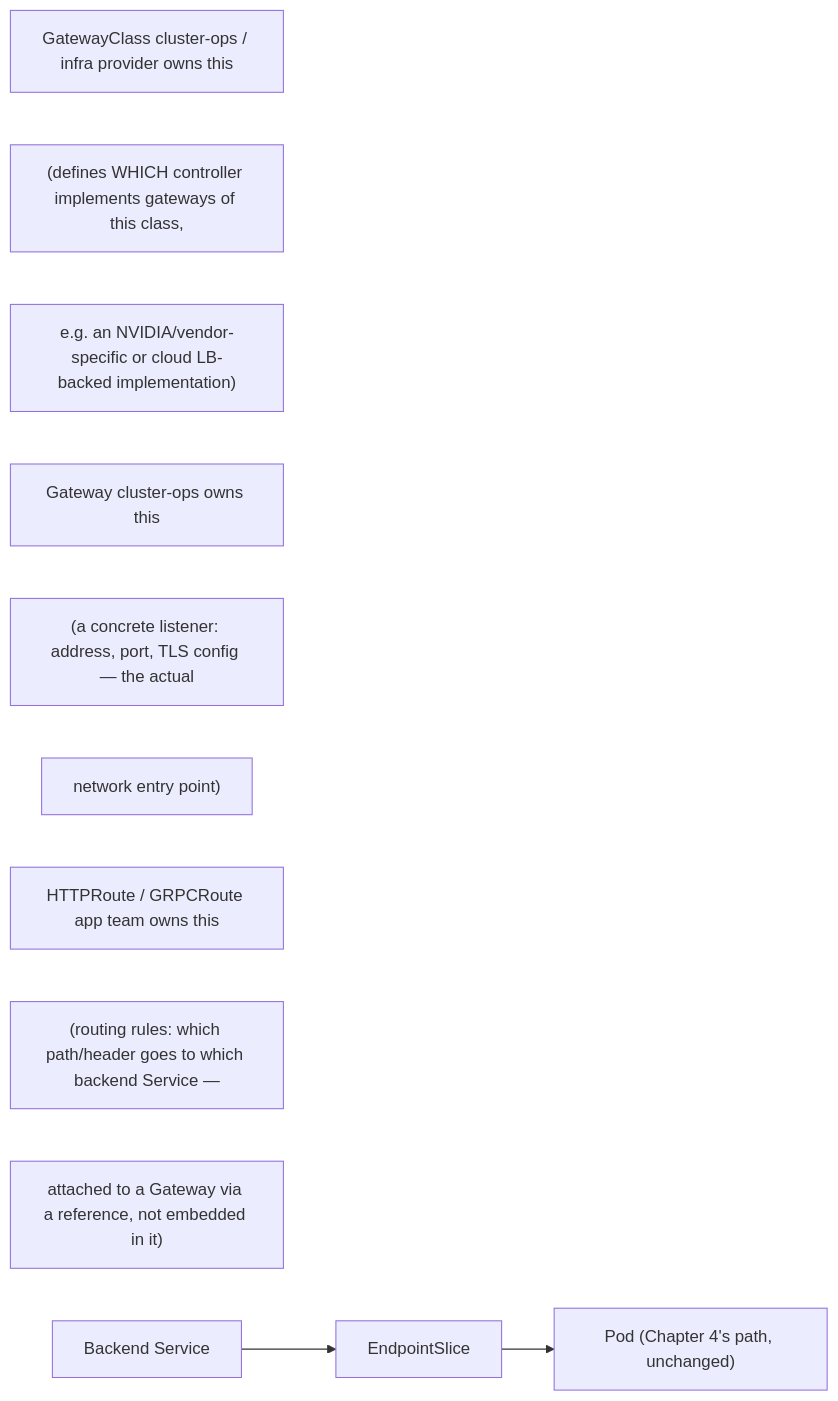
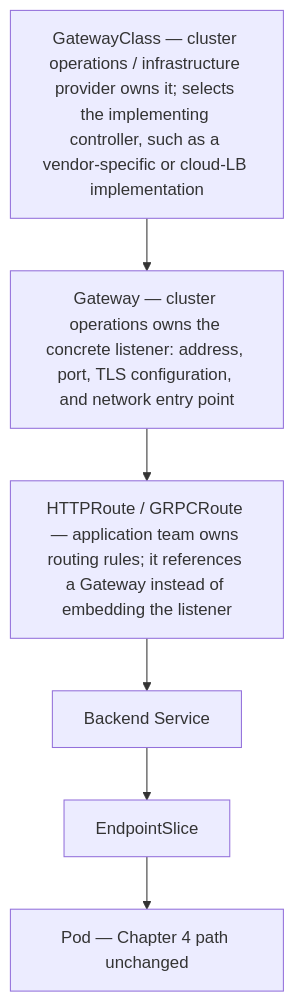
Before and after one commit to jithinpnjm/nvidia-devops: the diagram in docs/volume-03/14-senior-deep-dive-5-networking-service-abstraction-cni-dataplane-dns-and-gatewa.md, drawn with Mermaid. The commit also changed 99 other files, not shown here.

````diff
--- a/docs/volume-03/14-senior-deep-dive-5-networking-service-abstraction-cni-dataplane-dns-and-gatewa.md
+++ b/docs/volume-03/14-senior-deep-dive-5-networking-service-abstraction-cni-dataplane-dns-and-gatewa.md
@@ -36,18 +36,7 @@
 ```mermaid
-flowchart LR
-  %% Converted from the original ASCII diagram; source wording is preserved.
-  n0["GatewayClass cluster-ops / infra provider owns this"]
-  n1["(defines WHICH controller implements gateways of this class,"]
-  n2["e.g. an NVIDIA/vendor-specific or cloud LB-backed implementation)"]
-  n3["Gateway cluster-ops owns this"]
-  n4["(a concrete listener: address, port, TLS config — the actual"]
-  n5["network entry point)"]
-  n6["HTTPRoute / GRPCRoute app team owns this"]
-  n7["(routing rules: which path/header goes to which backend Service —"]
-  n8["attached to a Gateway via a reference, not embedded in it)"]
-  n9["Backend Service"]
-  n10["EndpointSlice"]
-  n11["Pod (Chapter 4's path, unchanged)"]
-  n9 --> n10
-  n10 --> n11
+flowchart TD
+  Class["GatewayClass — cluster operations / infrastructure provider owns it; selects the implementing controller, such as a vendor-specific or cloud-LB implementation"]
+  Class --> Gateway["Gateway — cluster operations owns the concrete listener: address, port, TLS configuration, and network entry point"]
+  Gateway --> Route["HTTPRoute / GRPCRoute — application team owns routing rules; it references a Gateway instead of embedding the listener"]
+  Route --> Service["Backend Service"] --> Slice["EndpointSlice"] --> Pod["Pod — Chapter 4 path unchanged"]
 ```
````
